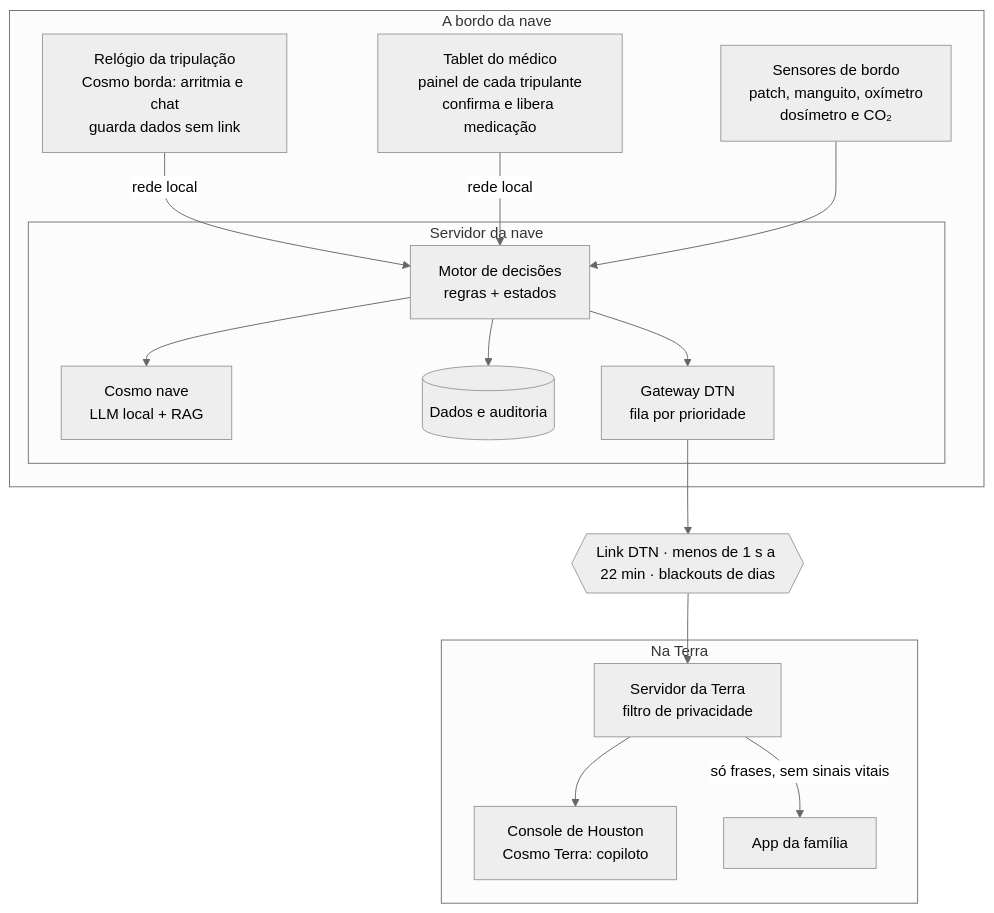
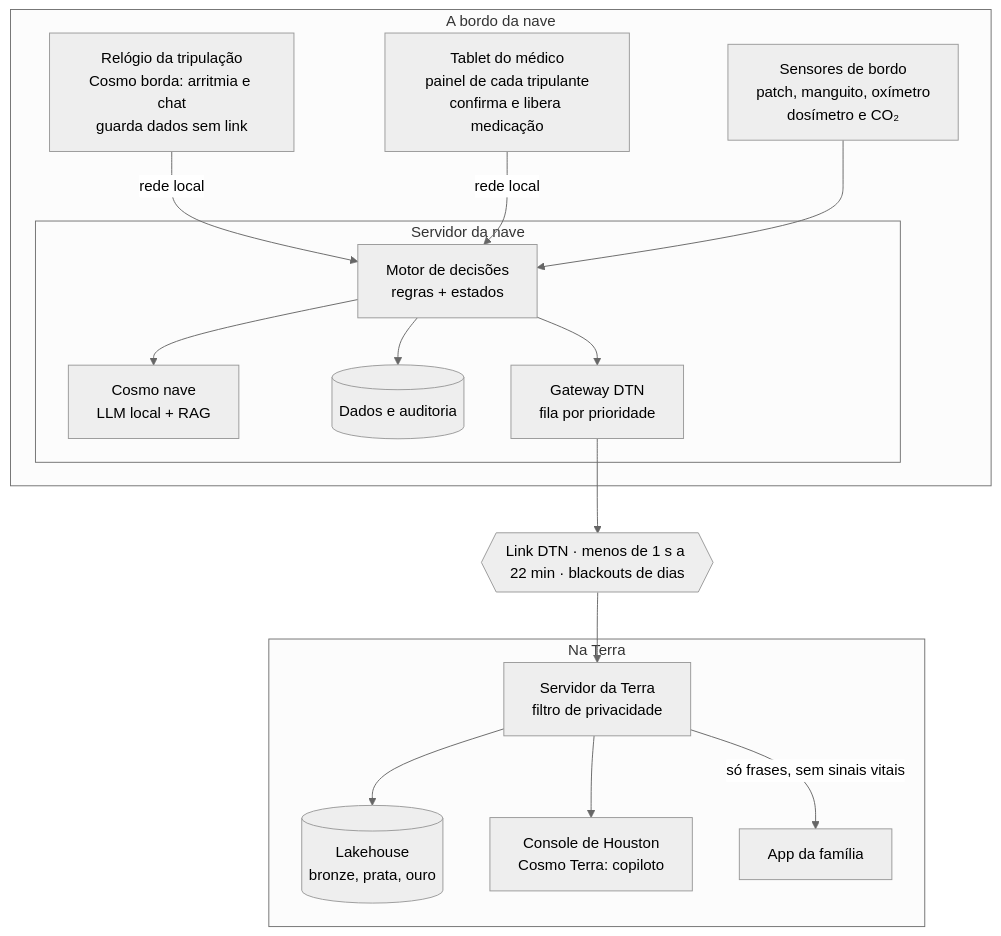
Before and after one commit to KamyllaJawad/nexus-saturn: the second of 3 diagrams in 4-arquitetura/docs/03-c4.md, drawn with Mermaid (neutral theme). The commit also changed other lines of this file and 8 other files, not shown here.

````diff
--- a/4-arquitetura/docs/03-c4.md
+++ b/4-arquitetura/docs/03-c4.md
@@ -26,29 +26,31 @@
 ```mermaid
 flowchart TB
   subgraph bordo[A bordo da nave]
     relogio[Relógio da tripulação<br/>Cosmo borda: arritmia e chat<br/>guarda dados sem link]
     tablet[Tablet do médico<br/>painel de cada tripulante<br/>confirma e libera medicação]
     sensores[Sensores de bordo<br/>patch, manguito, oxímetro<br/>dosímetro e CO₂]
     subgraph servidor[Servidor da nave]
       motor[Motor de decisões<br/>regras + estados]
       cosmo[Cosmo nave<br/>LLM local + RAG]
       dados[(Dados e auditoria)]
       gw[Gateway DTN<br/>fila por prioridade]
     end
   end
   link{{Link DTN · menos de 1 s a 22 min · blackouts de dias}}
   subgraph terra[Na Terra]
     srvT[Servidor da Terra<br/>filtro de privacidade]
+    lake[(Lakehouse<br/>bronze, prata, ouro)]
     console[Console de Houston<br/>Cosmo Terra: copiloto]
     app[App da família]
   end
   relogio -->|rede local| motor
   tablet -->|rede local| motor
   sensores --> motor
   motor --> cosmo
   motor --> dados
   motor --> gw
   gw --> link --> srvT
+  srvT --> lake
   srvT --> console
   srvT -->|só frases, sem sinais vitais| app
 ```
````
